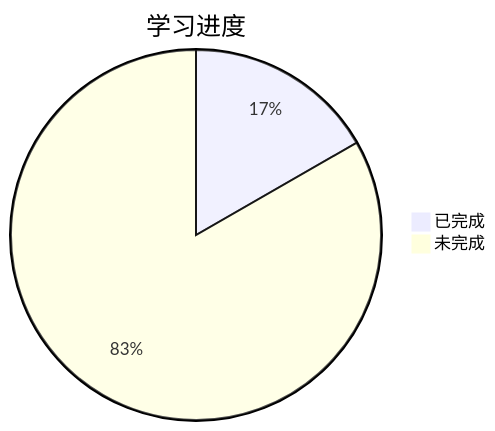
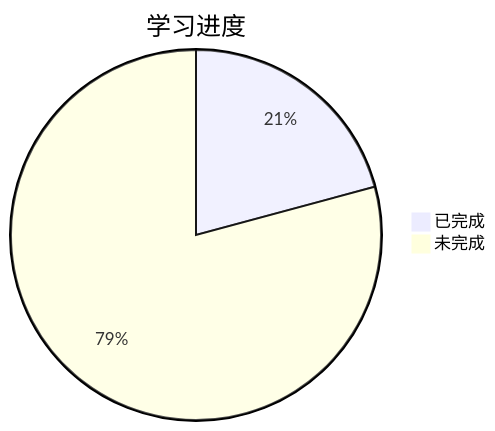
The diagram in src/progress.md (zq-bj/computer_principle), drawn with Mermaid before and after one commit. The commit also changed other lines of this file and 8 other files, not shown here.

````diff
--- a/src/progress.md
+++ b/src/progress.md
@@ -14,5 +14,5 @@
 ```mermaid
 pie title 学习进度
-    "已完成" : 16.7
-    "未完成" : 83.3
+    "已完成" : 20.8
+    "未完成" : 79.2
 ```
````
